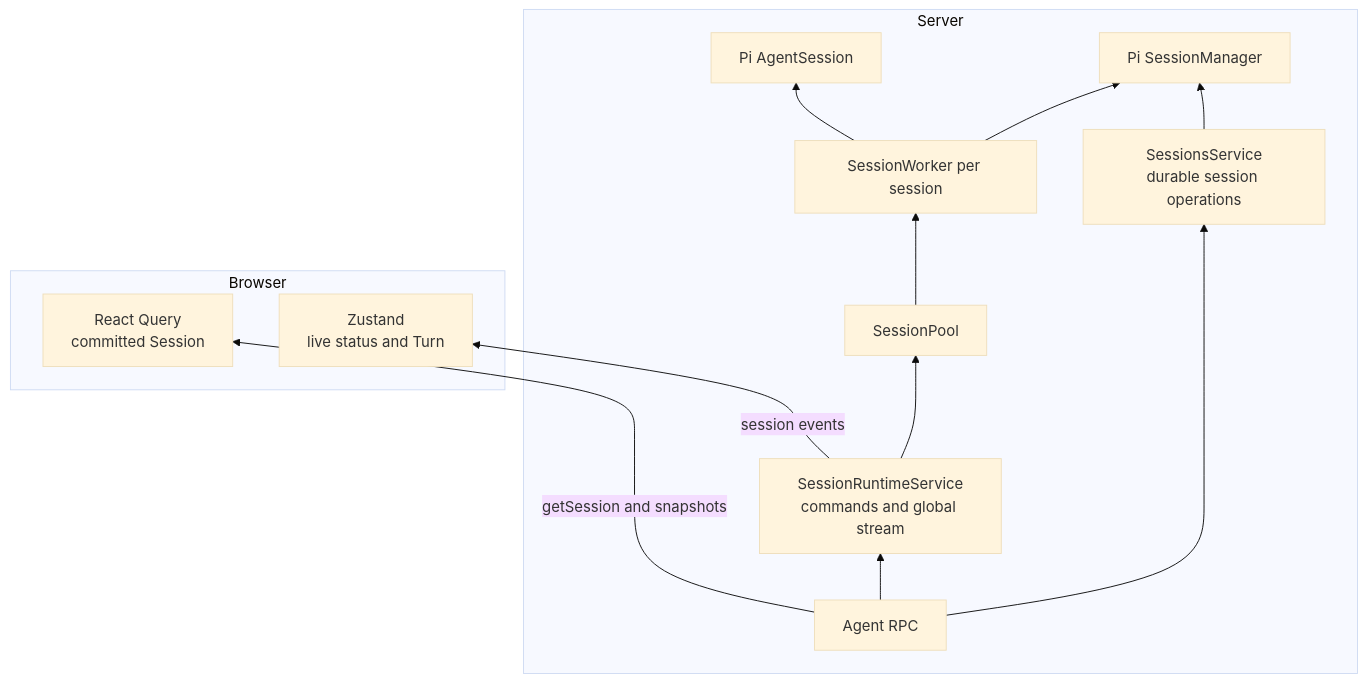
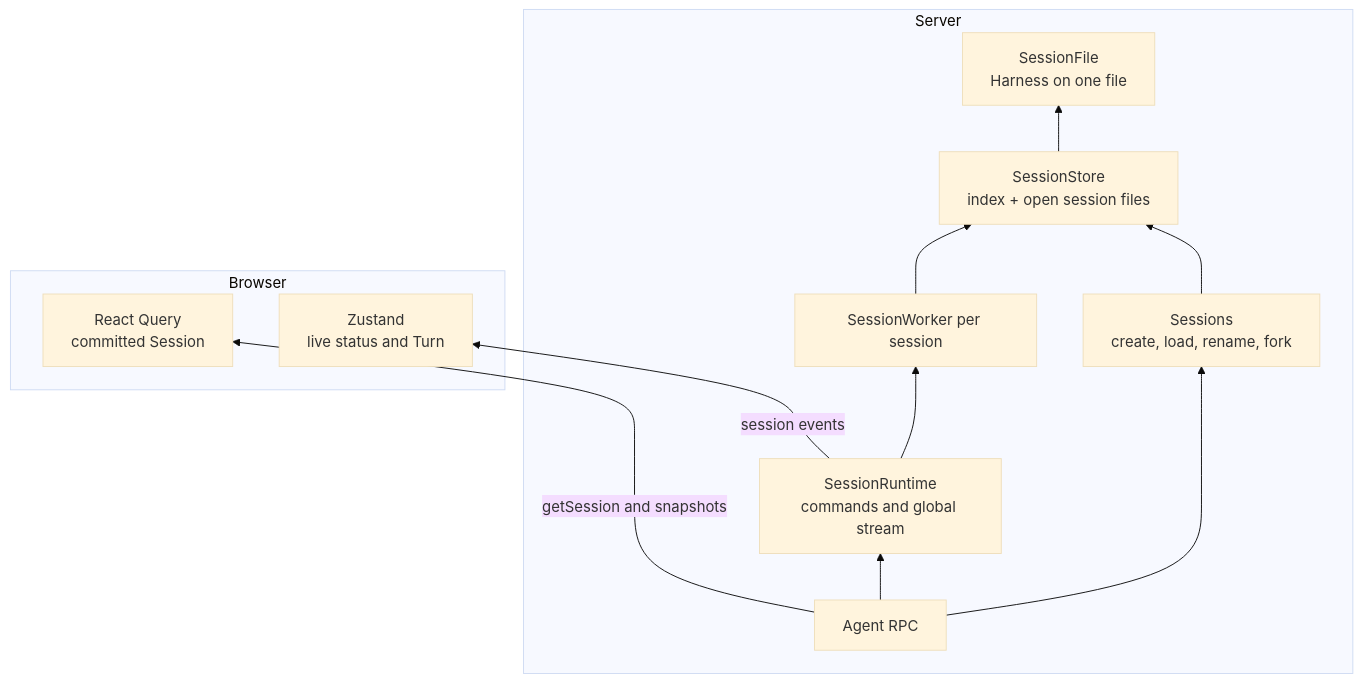
Before and after one commit to mattiacerutti/supernova: the diagram in docs/internal/session-runtime.md, drawn with Mermaid (base theme). The commit also changed other lines of this file and 81 other files, not shown here.

Commit message:
feat(agent-runtime): migrate sessions to Pi durable

````diff
--- a/docs/internal/session-runtime.md
+++ b/docs/internal/session-runtime.md
@@ -82,28 +44,26 @@
 ```mermaid
 flowchart BT
     subgraph server[Server]
         rpc[Agent RPC]
-        sessions["SessionsService<br/>durable session operations"]
-        runtimeService["SessionRuntimeService<br/>commands and global stream"]
-        pool[SessionPool]
-        runtime[SessionWorker per session]
-        agent[Pi AgentSession]
-        manager[Pi SessionManager]
+        sessions["Sessions<br/>create, load, rename, fork"]
+        runtimeService["SessionRuntime<br/>commands and global stream"]
+        worker[SessionWorker per session]
+        store["SessionStore<br/>index + open session files"]
+        file["SessionFile<br/>Harness on one file"]
 
         rpc --> sessions
         rpc --> runtimeService
-        runtimeService --> pool
-        pool --> runtime
-        sessions --> manager
-        runtime --> agent
-        runtime --> manager
+        runtimeService --> worker
+        sessions --> store
+        worker --> store
+        store --> file
     end
 
     subgraph browser[Browser]
         query["React Query<br/>committed Session"]
         liveStore["Zustand<br/>live status and Turn"]
     end
 
     rpc -->|getSession and snapshots| query
     runtimeService -->|session events| liveStore
 ```
````
